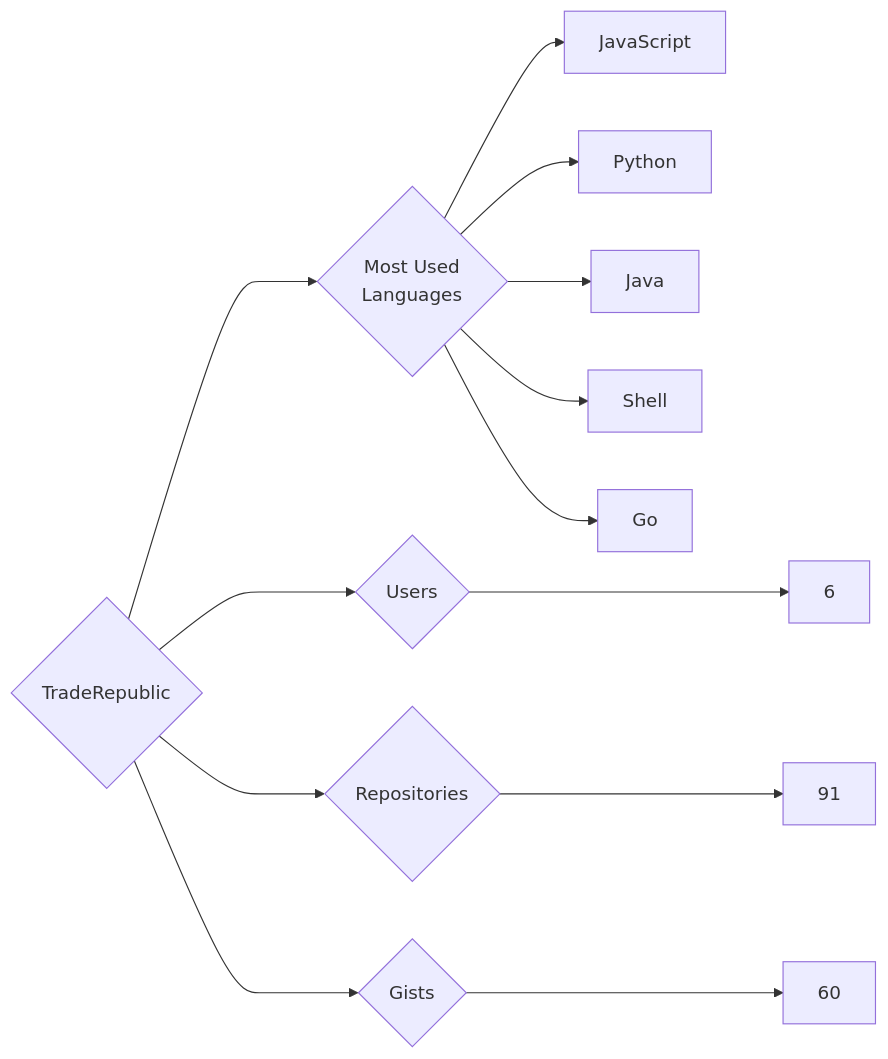
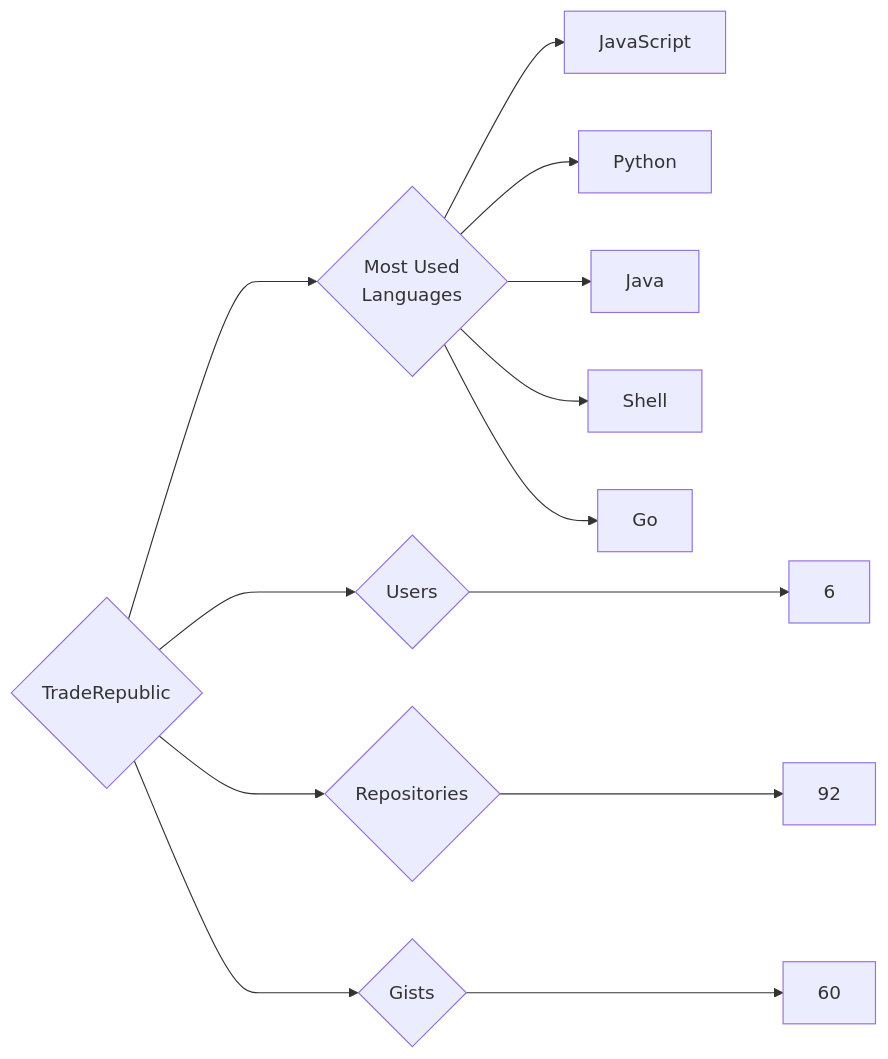
One commit to trickest/insiders changed the diagram in targets/TradeRepublic/README.md. Above: the diagram before and after it, drawn with Mermaid. The commit also changed 928 other files, not shown here.

````diff
--- a/targets/TradeRepublic/README.md
+++ b/targets/TradeRepublic/README.md
@@ -3,13 +3,13 @@
 ```mermaid
 graph LR
 COMPANY_NAME{TradeRepublic}
 COMPANY_NAME ---> U{Users} ---> UN[6]
-COMPANY_NAME ---> R{Repositories} ---> RN[91]
+COMPANY_NAME ---> R{Repositories} ---> RN[92]
 COMPANY_NAME ---> G{Gists} ---> GN[60]
 COMPANY_NAME ---> ML{Most Used<br>Languages}
 ML --> JavaScript[JavaScript]
 ML --> Python[Python]
 ML --> Java[Java]
 ML --> Shell[Shell]
 ML --> Go[Go]
 ```
````
